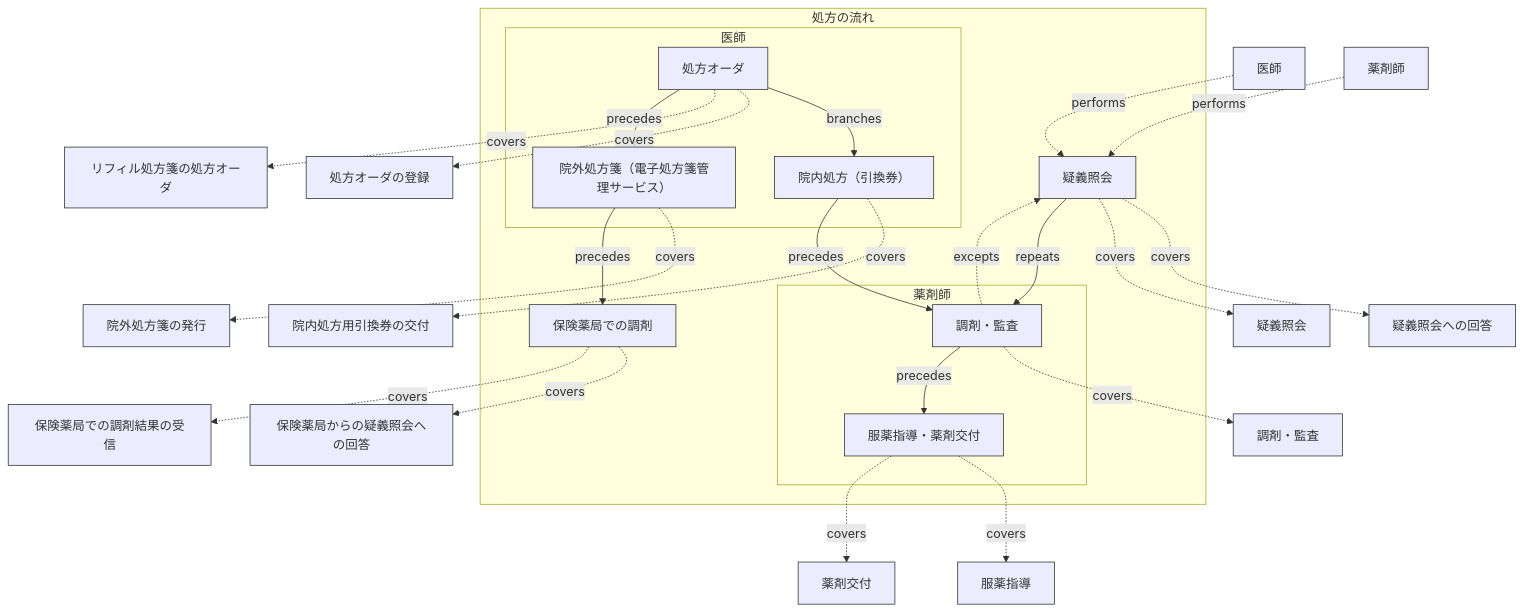
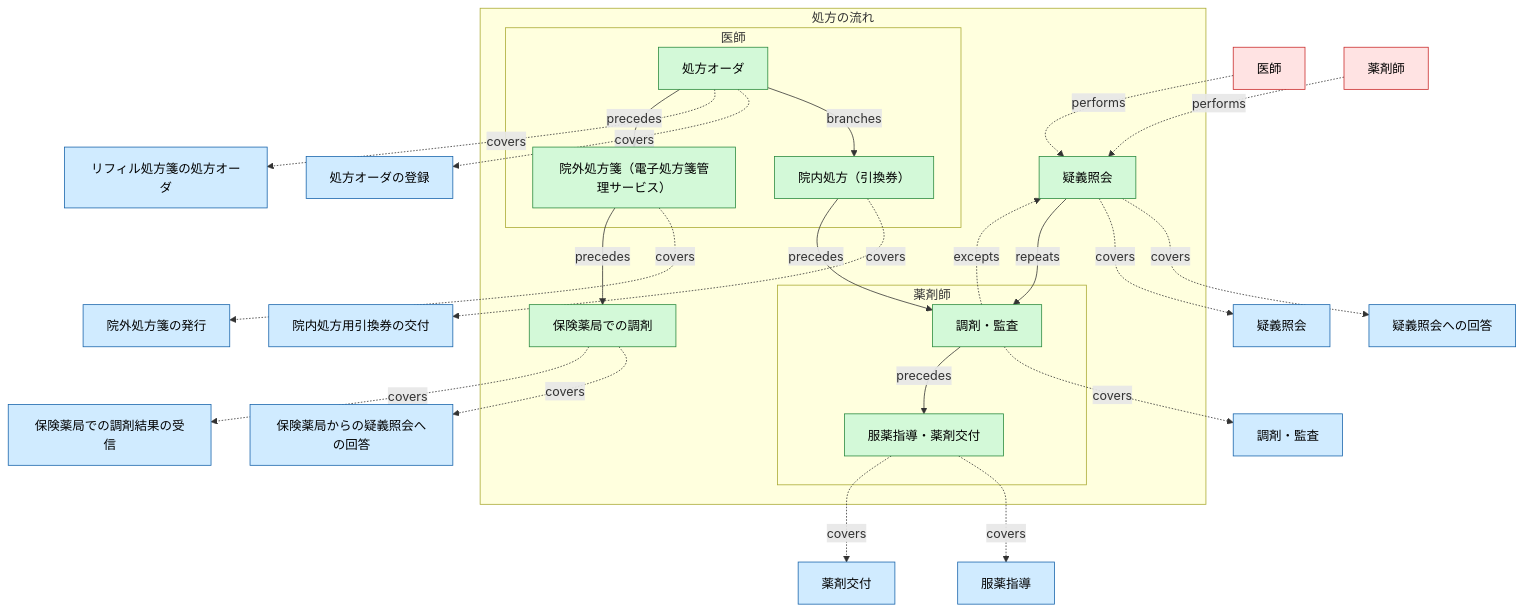
Before and after one commit to manji-0/rdra-ish-dsl: diagram 14 of 27 in samples/clinic-ops/design-sample.md, drawn with Mermaid. The commit also changed other lines of this file and 76 other files, not shown here.

First line of the commit message:
feat(cli): colour each RDRA element family in the flowchart diagrams

````diff
--- a/samples/clinic-ops/design-sample.md
+++ b/samples/clinic-ops/design-sample.md
@@ -1519,59 +1519,59 @@
 ```mermaid
 %% rdra-ish diagram=flow scope=buc:BucPrescriptionFulfillment model=samples/clinic-ops
 %% kinds: flow step lane actor usecase
 %% omitted: buc
 flowchart TD
   subgraph flow__PrescriptionFlow["処方の流れ"]
     step__InquiryStep["疑義照会"]:::step
     step__PharmacyStep["保険薬局での調剤"]:::step
     subgraph lane__PrescriptionFlow__Clinician["医師"]
       %% lane lane__PrescriptionFlow__Clinician: actor__Clinician
       step__InhouseStep["院内処方（引換券）"]:::step
       step__OrderStep["処方オーダ"]:::step
       step__OutsideStep["院外処方箋（電子処方箋管理サービス）"]:::step
     end
     subgraph lane__PrescriptionFlow__Pharmacist["薬剤師"]
       %% lane lane__PrescriptionFlow__Pharmacist: actor__Pharmacist
       step__CounselStep["服薬指導・薬剤交付"]:::step
       step__DispenseStep["調剤・監査"]:::step
     end
   end
   actor__Clinician["医師"]:::actor
   actor__Pharmacist["薬剤師"]:::actor
   usecase__AnswerPharmacyInquiry["保険薬局からの疑義照会への回答"]:::usecase
   usecase__AnswerPrescriptionInquiry["疑義照会への回答"]:::usecase
   usecase__ConfirmDispense["保険薬局での調剤結果の受信"]:::usecase
   usecase__CounselMedication["服薬指導"]:::usecase
   usecase__DispenseAndAudit["調剤・監査"]:::usecase
   usecase__DraftPrescription["処方オーダの登録"]:::usecase
   usecase__HandOverMedication["薬剤交付"]:::usecase
   usecase__IssueInhouseVoucher["院内処方用引換券の交付"]:::usecase
   usecase__IssueOutsidePrescription["院外処方箋の発行"]:::usecase
   usecase__IssueRefillPrescription["リフィル処方箋の処方オーダ"]:::usecase
   usecase__RaisePrescriptionInquiry["疑義照会"]:::usecase
   actor__Clinician -.->|performs| step__InquiryStep
   actor__Pharmacist -.->|performs| step__InquiryStep
   step__CounselStep -.->|covers| usecase__CounselMedication
   step__CounselStep -.->|covers| usecase__HandOverMedication
   step__DispenseStep -.->|covers| usecase__DispenseAndAudit
   step__DispenseStep -.->|excepts| step__InquiryStep
   step__DispenseStep -->|precedes| step__CounselStep
   step__InhouseStep -.->|covers| usecase__IssueInhouseVoucher
   step__InhouseStep -->|precedes| step__DispenseStep
   step__InquiryStep -.->|covers| usecase__AnswerPrescriptionInquiry
   step__InquiryStep -.->|covers| usecase__RaisePrescriptionInquiry
   step__InquiryStep -->|repeats| step__DispenseStep
   step__OrderStep -->|branches| step__InhouseStep
   step__OrderStep -.->|covers| usecase__DraftPrescription
   step__OrderStep -.->|covers| usecase__IssueRefillPrescription
   step__OrderStep -->|precedes| step__OutsideStep
   step__OutsideStep -.->|covers| usecase__IssueOutsidePrescription
   step__OutsideStep -->|precedes| step__PharmacyStep
   step__PharmacyStep -.->|covers| usecase__AnswerPharmacyInquiry
   step__PharmacyStep -.->|covers| usecase__ConfirmDispense
-  classDef flow stroke:#333;
-  classDef step stroke:#333;
-  classDef lane stroke:#333;
-  classDef actor stroke:#333;
-  classDef usecase stroke:#333;
+  classDef flow fill:#d3f9d8,stroke:#2b8a3e,color:#000;
+  classDef step fill:#d3f9d8,stroke:#2b8a3e,color:#000;
+  classDef lane fill:#d3f9d8,stroke:#2b8a3e,color:#000;
+  classDef actor fill:#ffe3e3,stroke:#c92a2a,color:#000;
+  classDef usecase fill:#d0ebff,stroke:#1864ab,color:#000;
 ```
````
